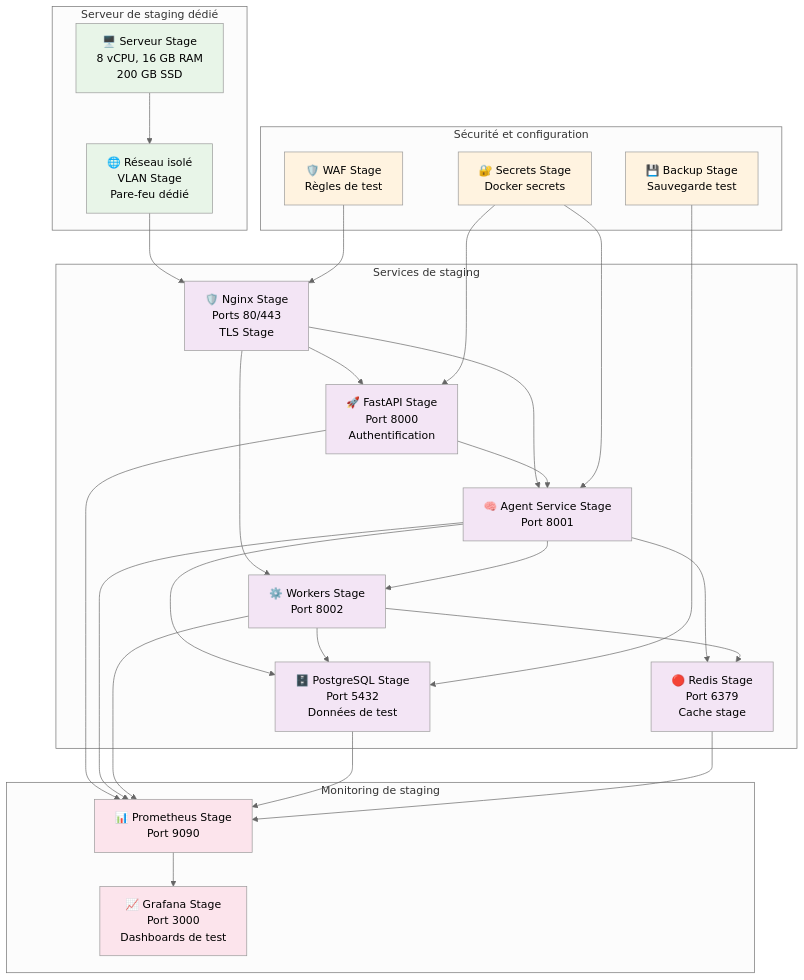
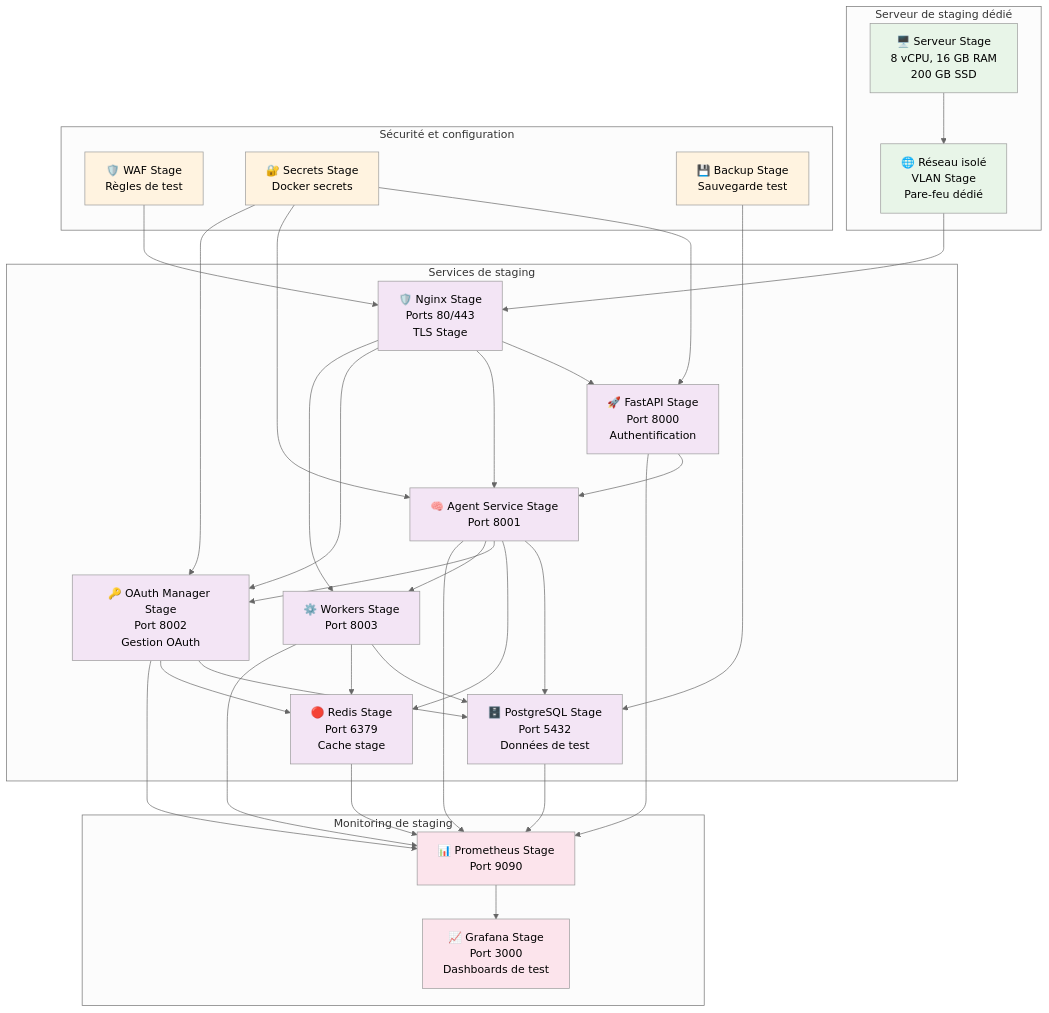
The third of 6 diagrams in docs/architecture/4_MAE_components_breakdown.md (BlokusPokus/ai_assistant), drawn with Mermaid (neutral theme) before and after one commit. The commit also changed other lines of this file and 13 other files, not shown here.

First line of the commit message:
feat: Enhance Architecture Documentation for Multi-User Support and OAuth Integration

````diff
--- a/docs/architecture/4_MAE_components_breakdown.md
+++ b/docs/architecture/4_MAE_components_breakdown.md
@@ -198,68 +207,76 @@
 ```mermaid
 graph TB
     subgraph "Serveur de staging dédié"
         STAGE_SERVER[🖥️ Serveur Stage<br/>8 vCPU, 16 GB RAM<br/>200 GB SSD]
         STAGE_NETWORK[🌐 Réseau isolé<br/>VLAN Stage<br/>Pare-feu dédié]
     end
 
     subgraph "Services de staging"
         STAGE_NGINX[🛡️ Nginx Stage<br/>Ports 80/443<br/>TLS Stage]
         STAGE_API[🚀 FastAPI Stage<br/>Port 8000<br/>Authentification]
         STAGE_AGENT[🧠 Agent Service Stage<br/>Port 8001]
-        STAGE_WORKERS[⚙️ Workers Stage<br/>Port 8002]
+        STAGE_OAUTH[🔑 OAuth Manager Stage<br/>Port 8002<br/>Gestion OAuth]
+        STAGE_WORKERS[⚙️ Workers Stage<br/>Port 8003]
         STAGE_POSTGRES[🗄️ PostgreSQL Stage<br/>Port 5432<br/>Données de test]
         STAGE_REDIS[🔴 Redis Stage<br/>Port 6379<br/>Cache stage]
     end
 
     subgraph "Monitoring de staging"
         STAGE_PROMETHEUS[📊 Prometheus Stage<br/>Port 9090]
         STAGE_GRAFANA[📈 Grafana Stage<br/>Port 3000<br/>Dashboards de test]
     end
 
     subgraph "Sécurité et configuration"
         STAGE_WAF[🛡️ WAF Stage<br/>Règles de test]
         STAGE_SECRETS[🔐 Secrets Stage<br/>Docker secrets]
         STAGE_BACKUP[💾 Backup Stage<br/>Sauvegarde test]
     end
 
     %% Flux de staging
     STAGE_SERVER --> STAGE_NETWORK
     STAGE_NETWORK --> STAGE_NGINX
     STAGE_NGINX --> STAGE_API
     STAGE_NGINX --> STAGE_AGENT
+    STAGE_NGINX --> STAGE_OAUTH
     STAGE_NGINX --> STAGE_WORKERS
 
     STAGE_API --> STAGE_AGENT
     STAGE_AGENT --> STAGE_POSTGRES
     STAGE_AGENT --> STAGE_REDIS
+    STAGE_AGENT --> STAGE_OAUTH
     STAGE_AGENT --> STAGE_WORKERS
+
+    STAGE_OAUTH --> STAGE_POSTGRES
+    STAGE_OAUTH --> STAGE_REDIS
 
     STAGE_WORKERS --> STAGE_POSTGRES
     STAGE_WORKERS --> STAGE_REDIS
 
     %% Monitoring
     STAGE_API --> STAGE_PROMETHEUS
     STAGE_AGENT --> STAGE_PROMETHEUS
+    STAGE_OAUTH --> STAGE_PROMETHEUS
     STAGE_WORKERS --> STAGE_PROMETHEUS
     STAGE_POSTGRES --> STAGE_PROMETHEUS
     STAGE_REDIS --> STAGE_PROMETHEUS
 
     STAGE_PROMETHEUS --> STAGE_GRAFANA
 
     %% Sécurité
     STAGE_WAF --> STAGE_NGINX
     STAGE_SECRETS --> STAGE_API
     STAGE_SECRETS --> STAGE_AGENT
+    STAGE_SECRETS --> STAGE_OAUTH
     STAGE_BACKUP --> STAGE_POSTGRES
 
     %% Styling
     classDef server fill:#e8f5e8
     classDef services fill:#f3e5f5
     classDef monitoring fill:#fce4ec
     classDef security fill:#fff3e0
 
     class STAGE_SERVER,STAGE_NETWORK server
-    class STAGE_NGINX,STAGE_API,STAGE_AGENT,STAGE_WORKERS,STAGE_POSTGRES,STAGE_REDIS services
+    class STAGE_NGINX,STAGE_API,STAGE_AGENT,STAGE_OAUTH,STAGE_WORKERS,STAGE_POSTGRES,STAGE_REDIS services
     class STAGE_PROMETHEUS,STAGE_GRAFANA monitoring
     class STAGE_WAF,STAGE_SECRETS,STAGE_BACKUP security
 ```
````
